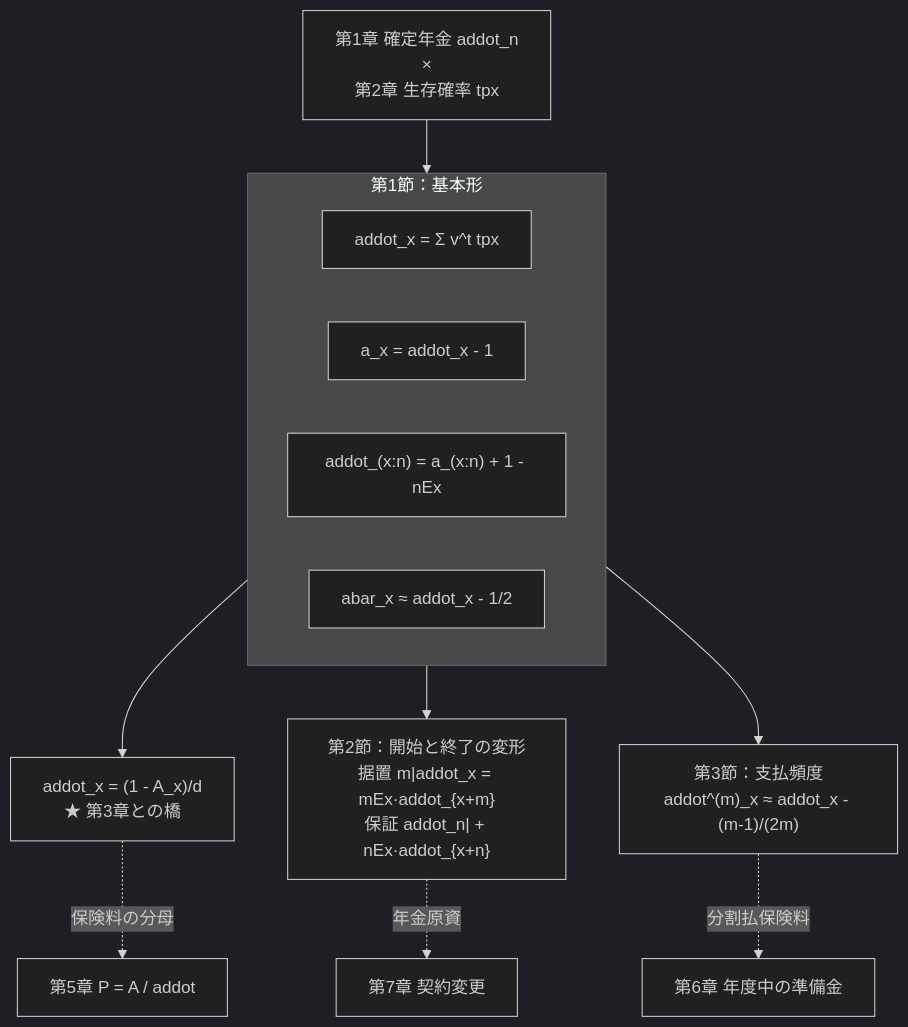
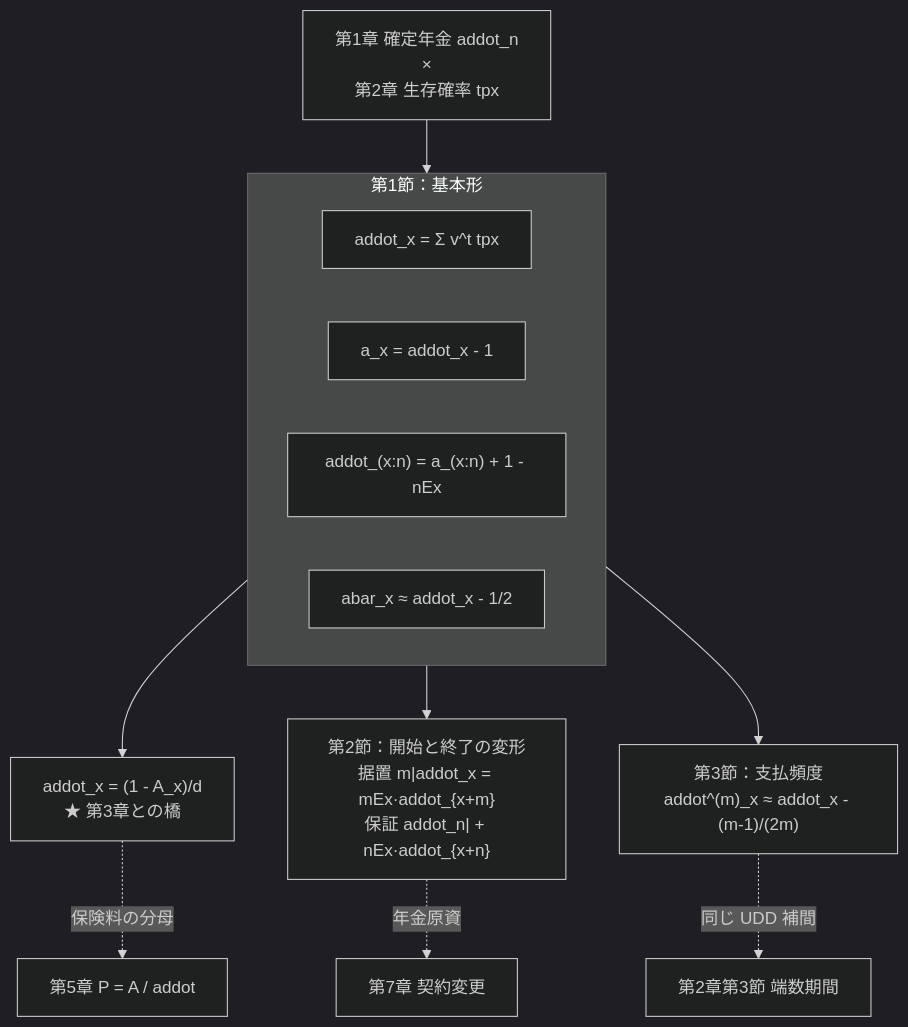
The sixth of 7 diagrams in docs/02_本文/第04章_生命年金.md (nrok691/seiho), drawn with Mermaid (dark theme) before and after one commit. The commit also changed other lines of this file and 4 other files, not shown here.

````diff
--- a/docs/02_本文/第04章_生命年金.md
+++ b/docs/02_本文/第04章_生命年金.md
@@ -2438,19 +2438,19 @@
 ```mermaid
 flowchart TD
     O["第1章 確定年金 addot_n<br/>×<br/>第2章 生存確率 tpx"] --> B1
 
     subgraph B1["第1節：基本形"]
         AD["addot_x = Σ v^t tpx"]
         AI["a_x = addot_x - 1"]
         AN["addot_(x:n) = a_(x:n) + 1 - nEx"]
         AB["abar_x ≈ addot_x - 1/2"]
     end
     B1 --> REL["addot_x = (1 - A_x)/d<br/>★ 第3章との橋"]
 
     B1 --> B2["第2節：開始と終了の変形<br/>据置 m|addot_x = mEx·addot_{x+m}<br/>保証 addot_n| + nEx·addot_{x+n}"]
     B1 --> B3["第3節：支払頻度<br/>addot^(m)_x ≈ addot_x - (m-1)/(2m)"]
 
     REL -.->|"保険料の分母"| C5["第5章 P = A / addot"]
     B2 -.->|"年金原資"| C7["第7章 契約変更"]
-    B3 -.->|"分割払保険料"| C6["第6章 年度中の準備金"]
+    B3 -.->|"同じ UDD 補間"| C6["第2章第3節 端数期間"]
 ```
````
